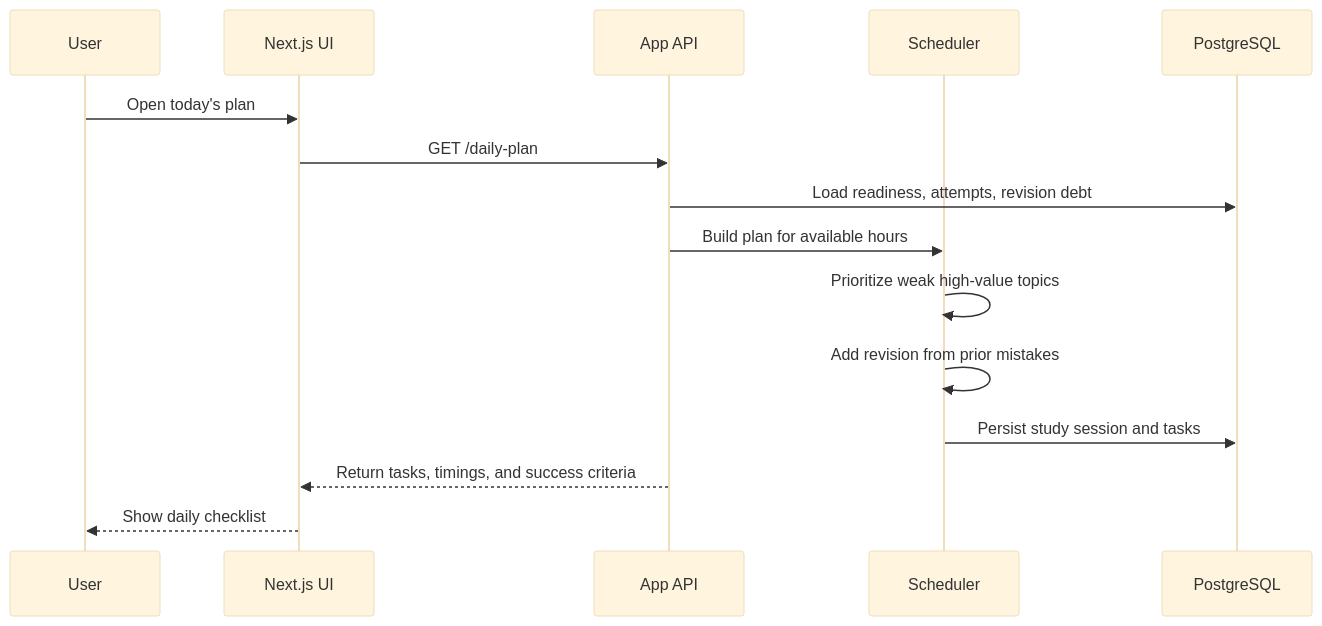
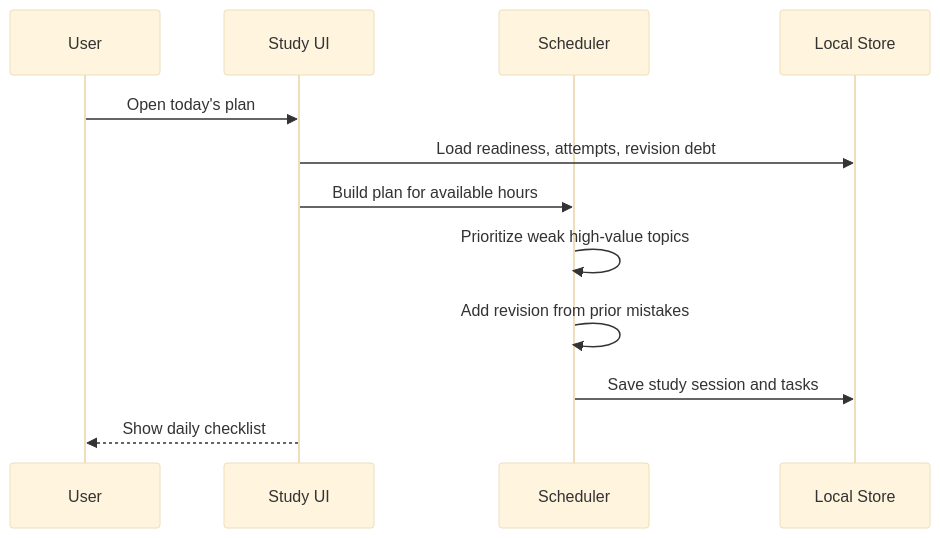
One commit to enkay01/intervew-prep-app changed the fourth of 6 diagrams in docs/architecture.md. Above: the diagram before and after it, drawn with Mermaid (base theme). The commit also changed other lines of this file and 6 other files, not shown here.

Commit message:
Align prep app docs with personal study scope

````diff
--- a/docs/architecture.md
+++ b/docs/architecture.md
@@ -101,18 +100,15 @@
 ```mermaid
 sequenceDiagram
   participant User
-  participant UI as Next.js UI
-  participant API as App API
+  participant UI as Study UI
   participant Scheduler
-  participant DB as PostgreSQL
+  participant Store as Local Store
 
   User->>UI: Open today's plan
-  UI->>API: GET /daily-plan
-  API->>DB: Load readiness, attempts, revision debt
-  API->>Scheduler: Build plan for available hours
+  UI->>Store: Load readiness, attempts, revision debt
+  UI->>Scheduler: Build plan for available hours
   Scheduler->>Scheduler: Prioritize weak high-value topics
   Scheduler->>Scheduler: Add revision from prior mistakes
-  Scheduler->>DB: Persist study session and tasks
-  API-->>UI: Return tasks, timings, and success criteria
+  Scheduler->>Store: Save study session and tasks
   UI-->>User: Show daily checklist
 ```
````
